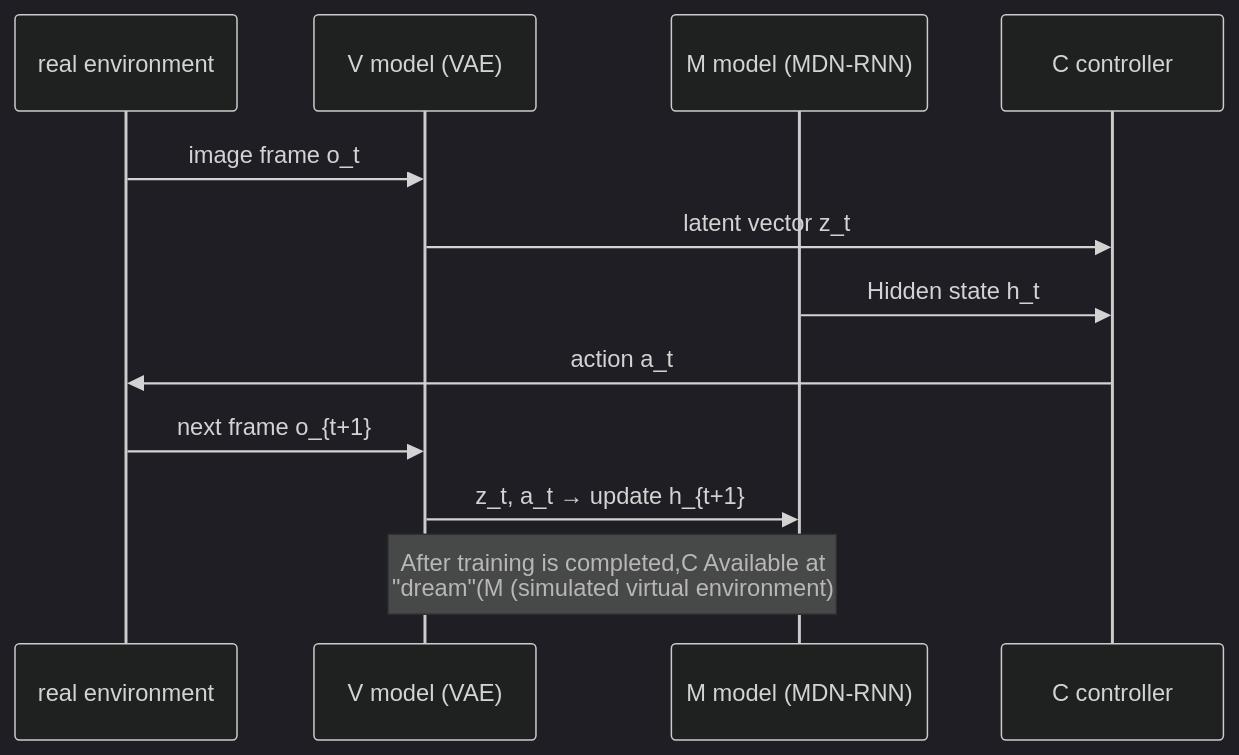
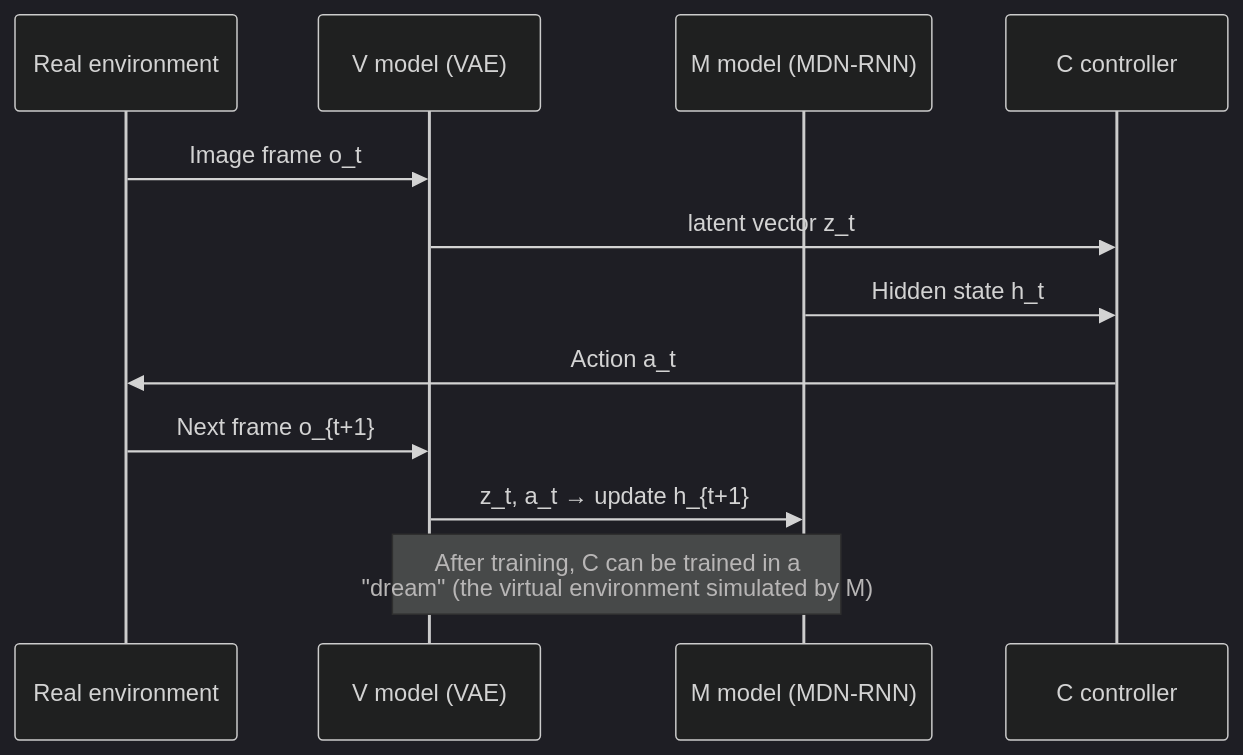
The fifth of 24 diagrams in _translations/en/research/Reinforcement-Learning-Survey.md (TingdeLiu/tingdeliu.github.io), drawn with Mermaid (dark theme) before and after one commit. The commit also changed other lines of this file and 51 other files, not shown here.

````diff
--- a/_translations/en/research/Reinforcement-Learning-Survey.md
+++ b/_translations/en/research/Reinforcement-Learning-Survey.md
@@ -554,16 +554,16 @@
 ```mermaid
 sequenceDiagram
-    participant Real as real environment
+    participant Real as Real environment
     participant V as V model (VAE)
     participant M as M model (MDN-RNN)
     participant C as C controller
 
-    Real->>V: image frame o_t
+    Real->>V: Image frame o_t
     V->>C: latent vector z_t
     M->>C: Hidden state h_t
-    C->>Real: action a_t
-    Real->>V: next frame o_{t+1}
+    C->>Real: Action a_t
+    Real->>V: Next frame o_{t+1}
     V->>M: z_t, a_t → update h_{t+1}
     
-    Note over V,M: After training is completed,C Available at<br/>"dream"(M (simulated virtual environment)
+    Note over V,M: After training, C can be trained in a<br/>"dream" (the virtual environment simulated by M)
 ```
````
